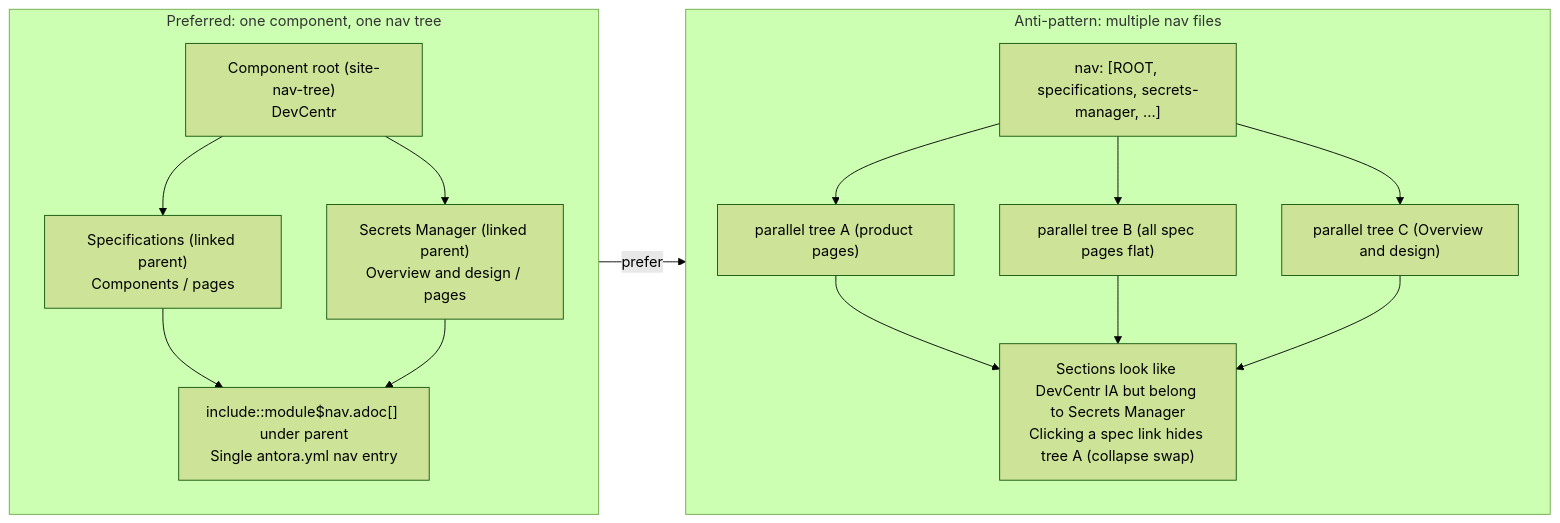
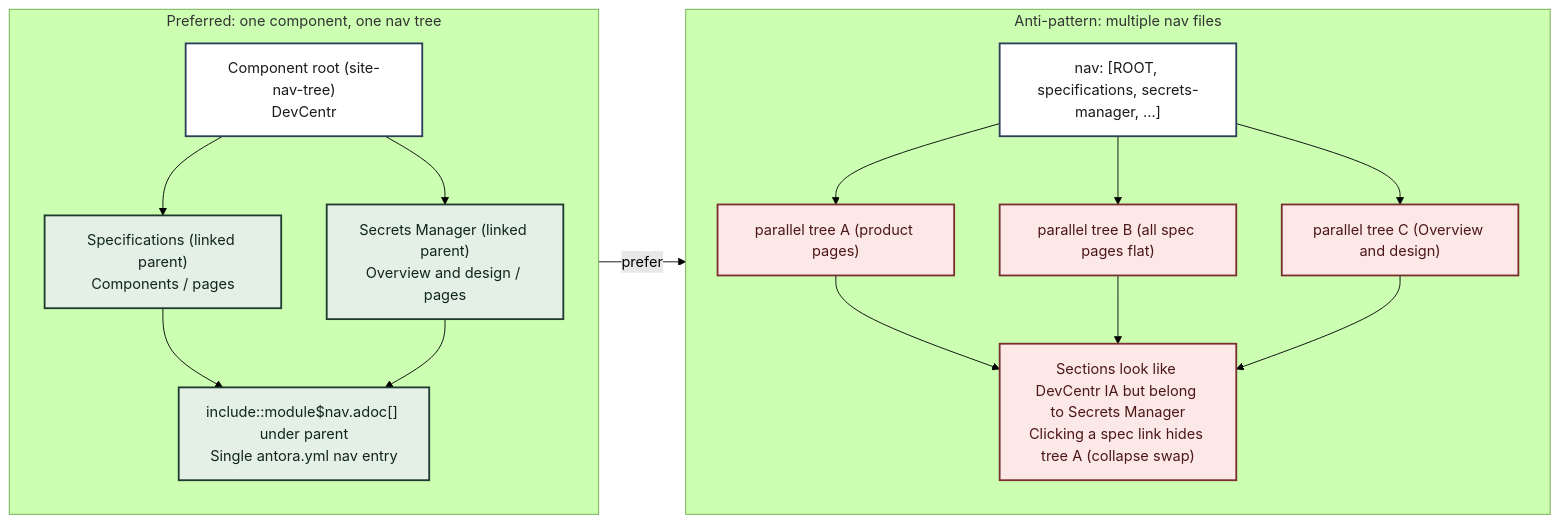
Before and after one commit to dev-centr/docs: the diagram in docs/modules/ROOT/images/nav-typology.mmd, drawn with Mermaid (forest theme). The commit also changed 3 other files, not shown here.

Commit message:
Restore nav diagram semantic classes.

```diff
--- a/docs/modules/ROOT/images/nav-typology.mmd
+++ b/docs/modules/ROOT/images/nav-typology.mmd
@@ -1,36 +1,39 @@
 flowchart LR
   accTitle: Antora nav typology
   accDescr: One component should use one nav tree with include directives. Multiple nav files create parallel sibling trees under site-nav-tree roots.
 
   subgraph preferred["Preferred: one component, one nav tree"]
     direction TB
     root["Component root (site-nav-tree)<br/>DevCentr"]
     specs["Specifications (linked parent)<br/>Components / pages"]
     secrets["Secrets Manager (linked parent)<br/>Overview and design / pages"]
     guidance["include::module$nav.adoc[] under parent<br/>Single antora.yml nav entry"]
     root --> specs
     root --> secrets
     specs --> guidance
     secrets --> guidance
   end
 
   subgraph antipattern["Anti-pattern: multiple nav files"]
     direction TB
     navlist["nav: [ROOT, specifications, secrets-manager, ...]"]
     treeA["parallel tree A (product pages)"]
     treeB["parallel tree B (all spec pages flat)"]
     treeC["parallel tree C (Overview and design)"]
     result["Sections look like DevCentr IA but belong to Secrets Manager<br/>Clicking a spec link hides tree A (collapse swap)"]
     navlist --> treeA
     navlist --> treeB
     navlist --> treeC
     treeA --> result
     treeB --> result
     treeC --> result
   end
 
   preferred -- prefer --> antipattern
 
+  classDef neutral fill:#ffffff,stroke:#2c3e5a,color:#1a1a1a,stroke-width:2px
+  classDef good fill:#e4efe6,stroke:#1f3a2e,color:#10261c,stroke-width:2px
+  classDef bad fill:#fde8e8,stroke:#7a2e2e,color:#4c1717,stroke-width:2px
   class root,navlist neutral
   class specs,secrets,guidance good
   class treeA,treeB,treeC,result bad
```
